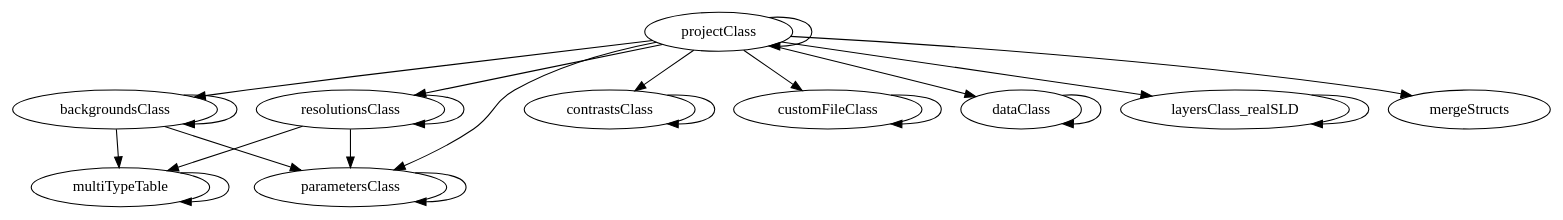
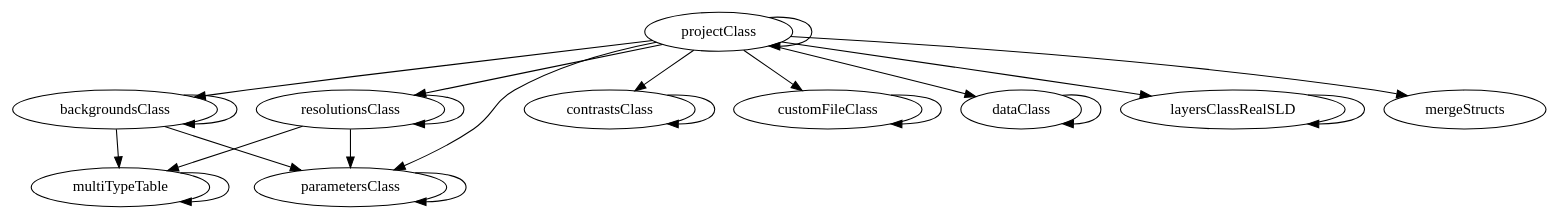
One commit to RascalSoftware/RAT changed the diagram in master/api_reference/API/projectClass/graph.dot. Above: the diagram before and after it, drawn with Graphviz. The commit also changed 163 other files, not shown here.

```diff
--- a/master/api_reference/API/projectClass/graph.dot
+++ b/master/api_reference/API/projectClass/graph.dot
@@ -1,35 +1,35 @@
 /* Created by mdot for Matlab */
 digraph m2html {
   backgroundsClass -> backgroundsClass;
   backgroundsClass -> multiTypeTable;
   backgroundsClass -> parametersClass;
   contrastsClass -> contrastsClass;
   customFileClass -> customFileClass;
   dataClass -> dataClass;
-  layersClass_realSLD -> layersClass_realSLD;
+  layersClassRealSLD -> layersClassRealSLD;
   multiTypeTable -> multiTypeTable;
   parametersClass -> parametersClass;
   projectClass -> backgroundsClass;
   projectClass -> contrastsClass;
   projectClass -> customFileClass;
   projectClass -> dataClass;
-  projectClass -> layersClass_realSLD;
+  projectClass -> layersClassRealSLD;
   projectClass -> mergeStructs;
   projectClass -> parametersClass;
   projectClass -> projectClass;
   projectClass -> resolutionsClass;
   resolutionsClass -> multiTypeTable;
   resolutionsClass -> parametersClass;
   resolutionsClass -> resolutionsClass;
 
   backgroundsClass [URL="backgroundsClass.html"];
   contrastsClass [URL="contrastsClass.html"];
   customFileClass [URL="customFileClass.html"];
   dataClass [URL="dataClass.html"];
-  layersClass_realSLD [URL="layersClass_realSLD.html"];
+  layersClassRealSLD [URL="layersClassRealSLD.html"];
   mergeStructs [URL="mergeStructs.html"];
   multiTypeTable [URL="multiTypeTable.html"];
   parametersClass [URL="parametersClass.html"];
   projectClass [URL="projectClass.html"];
   resolutionsClass [URL="resolutionsClass.html"];
 }
```
